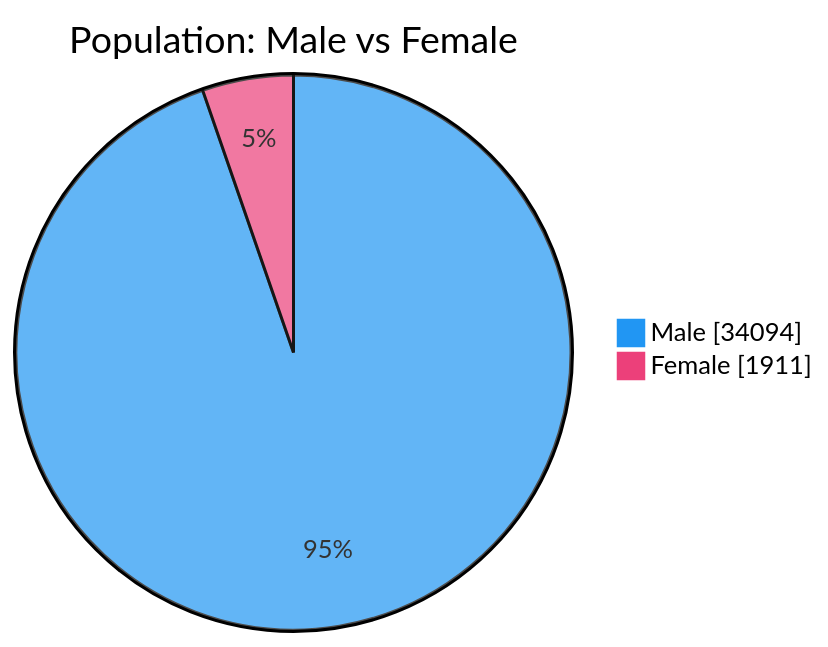
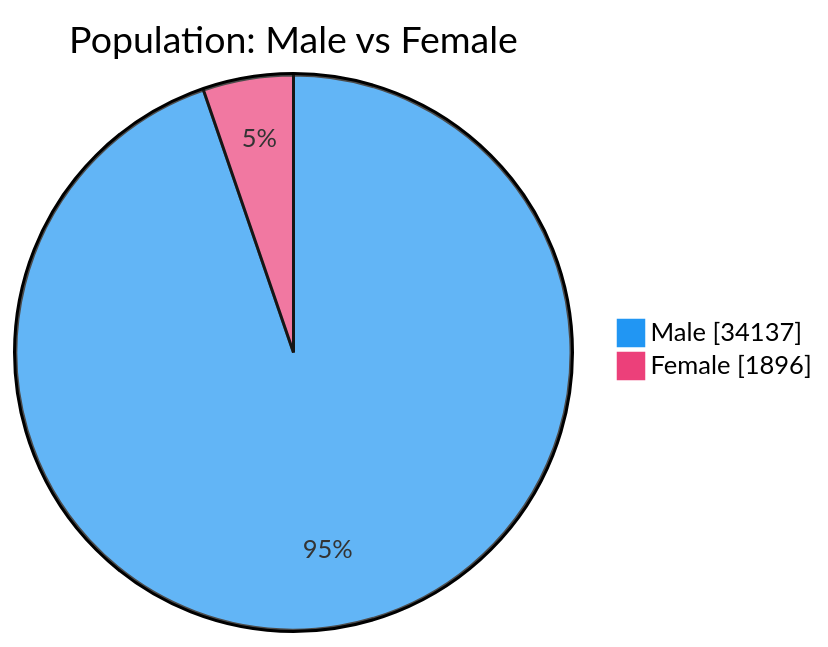
Before and after one commit to nuuuwan/lk_prisons: the second of 7 diagrams in README.md, drawn with Mermaid. The commit also changed other lines of this file and 1 other file, not shown here.

````diff
--- a/README.md
+++ b/README.md
@@ -54,6 +54,6 @@
 ```mermaid
 %%{init: {'themeVariables': {'pie1': '#2196F3', 'pie2': '#EC407A'}}}%%
 pie showData title Population: Male vs Female
-    "Male" : 34094
-    "Female" : 1911
+    "Male" : 34137
+    "Female" : 1896
 ```
````
